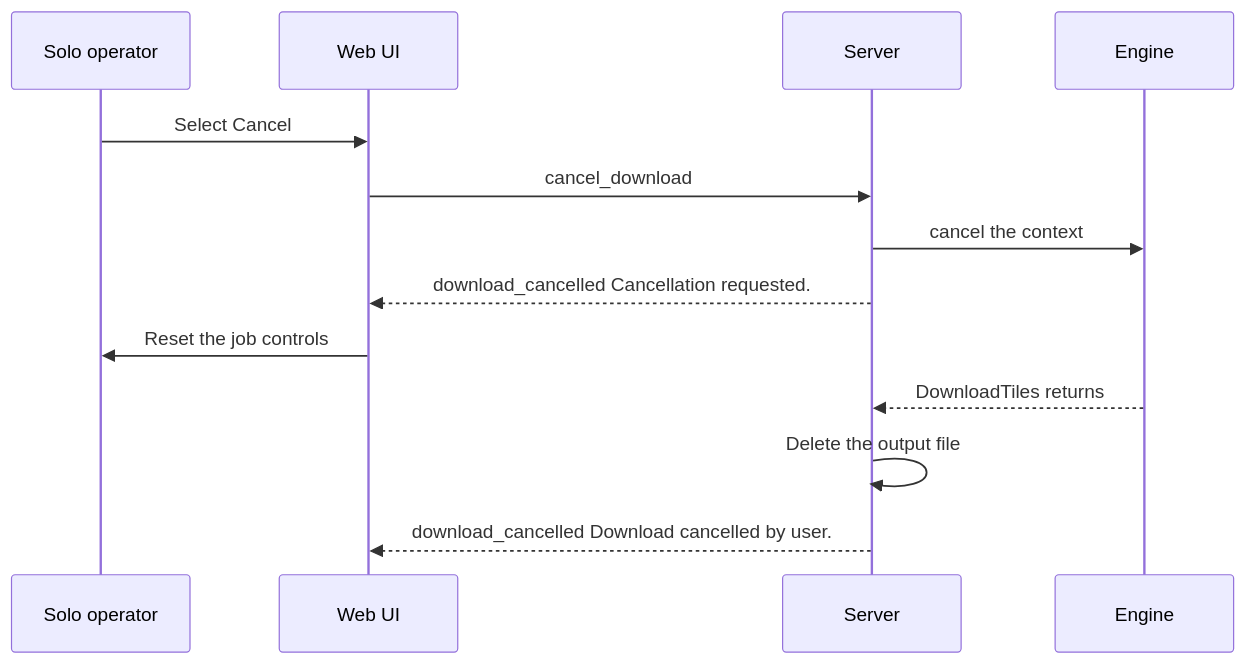
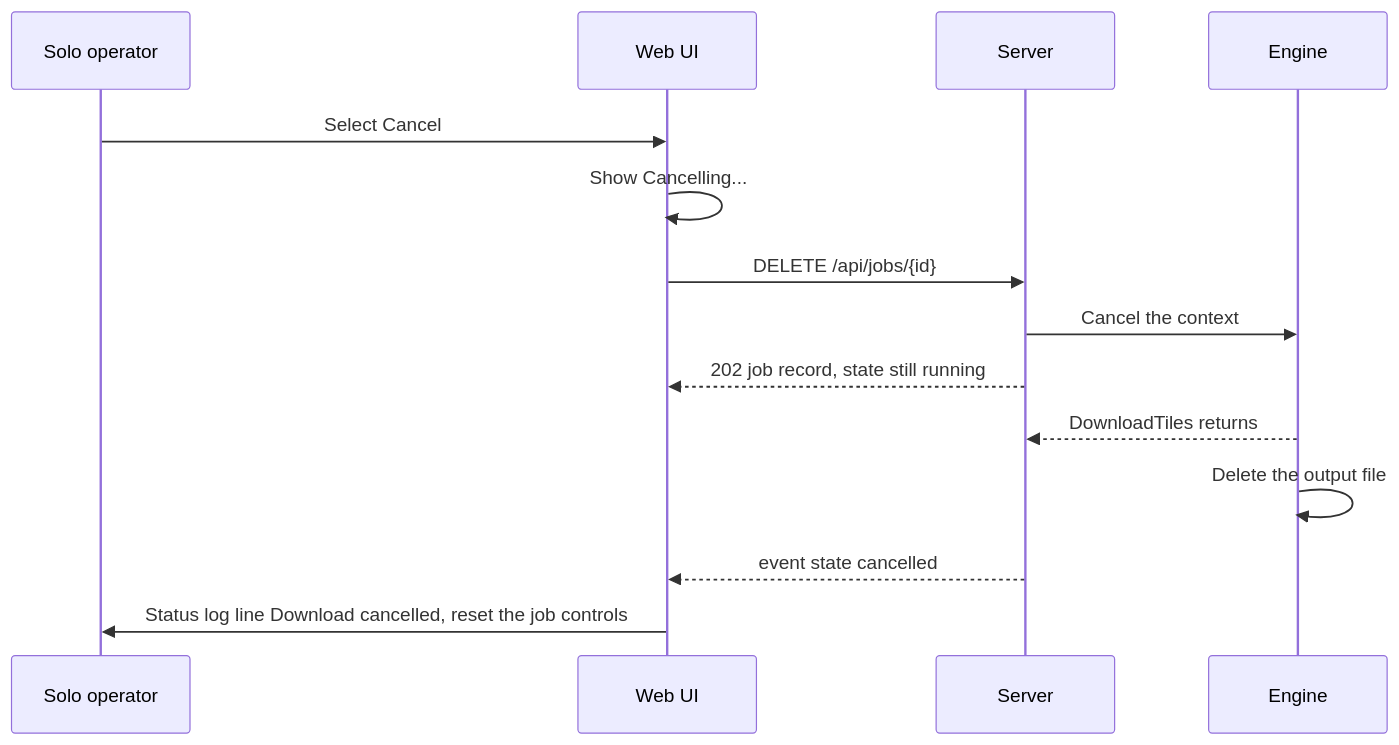
Before and after one commit to Crank-Git/ATAKMapDownloader: the second of 3 diagrams in docs/specs/features/04-web-ui.md, drawn with Mermaid. The commit also changed other lines of this file and 15 other files, not shown here.

````diff
--- a/docs/specs/features/04-web-ui.md
+++ b/docs/specs/features/04-web-ui.md
@@ -117,15 +135,16 @@
 ```mermaid
 sequenceDiagram
     participant U as Solo operator
     participant W as Web UI
     participant S as Server
     participant E as Engine
     U->>W: Select Cancel
-    W->>S: cancel_download
-    S->>E: cancel the context
-    S-->>W: download_cancelled Cancellation requested.
-    W->>U: Reset the job controls
+    W->>W: Show Cancelling...
+    W->>S: DELETE /api/jobs/{id}
+    S->>E: Cancel the context
+    S-->>W: 202 job record, state still running
     E-->>S: DownloadTiles returns
-    S->>S: Delete the output file
-    S-->>W: download_cancelled Download cancelled by user.
+    E->>E: Delete the output file
+    S-->>W: event state cancelled
+    W->>U: Status log line Download cancelled, reset the job controls
 ```
````
